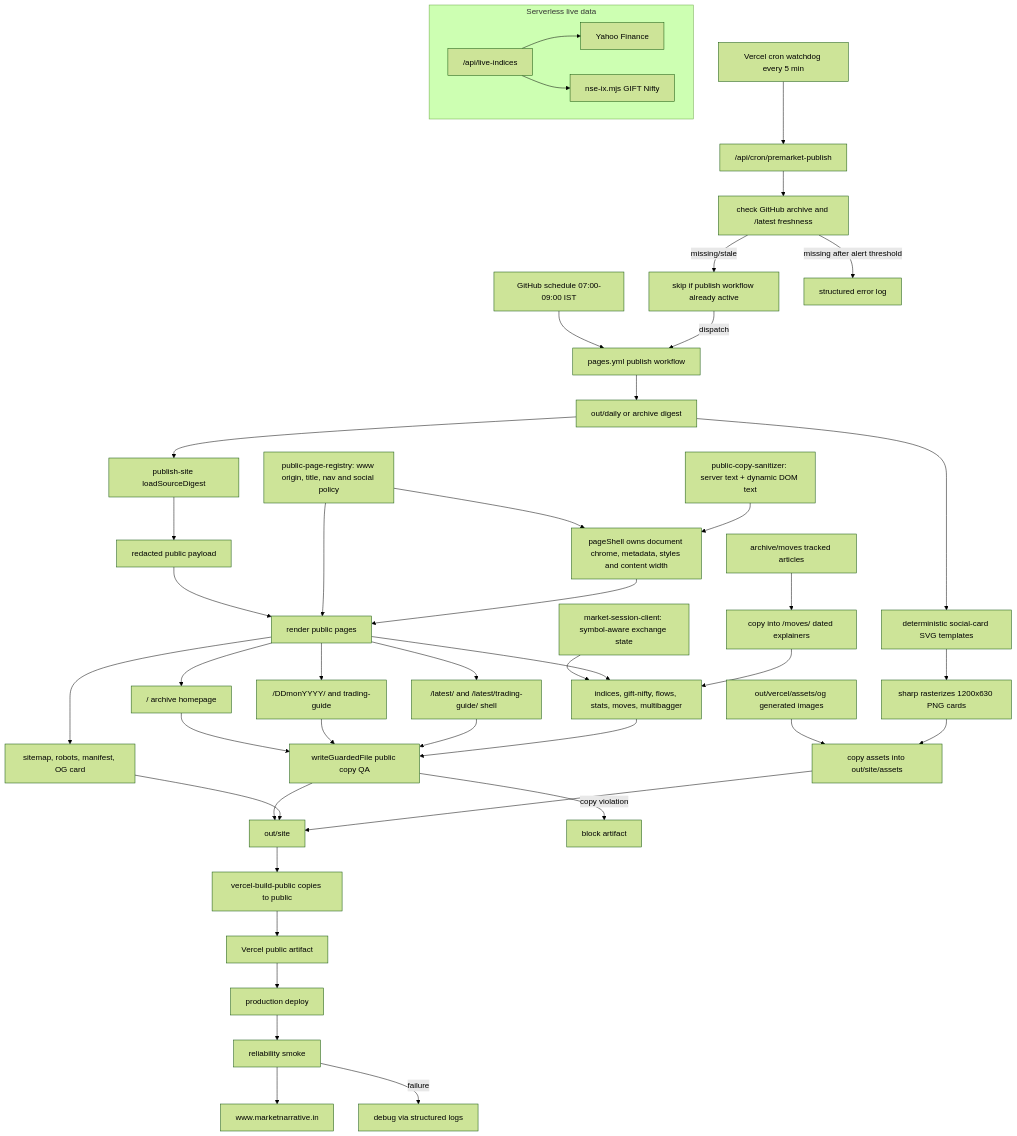
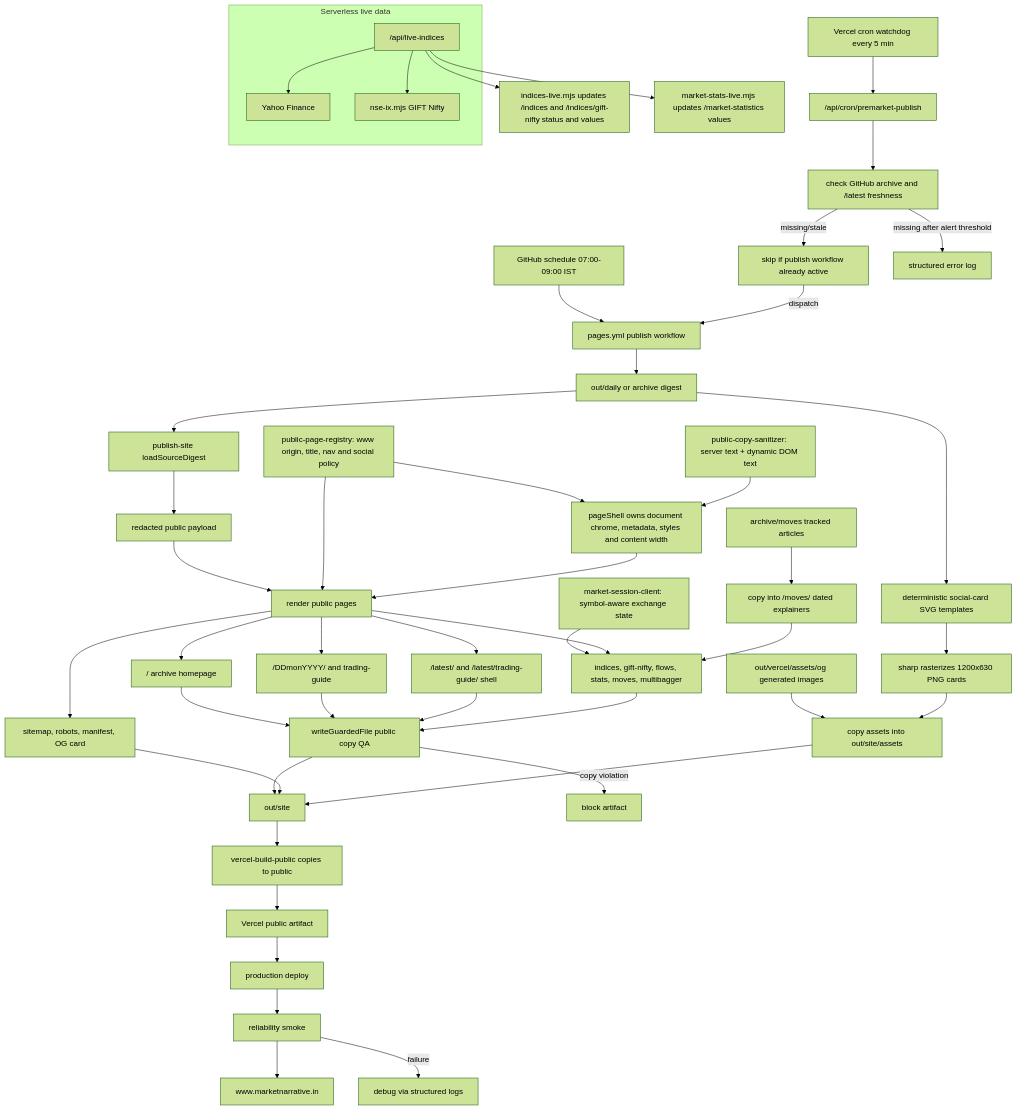
One commit to Abheydeep/marketNews changed the diagram in context/architecture-diagrams/04-static-publish-deploy.mmd. Above: the diagram before and after it, drawn with Mermaid (forest theme). The commit also changed 10 other files, not shown here.

Commit message:
fix(public): align shell and live market data

```diff
--- a/context/architecture-diagrams/04-static-publish-deploy.mmd
+++ b/context/architecture-diagrams/04-static-publish-deploy.mmd
@@ -1,50 +1,52 @@
 flowchart TD
   GitHubSchedule["GitHub schedule 07:00-09:00 IST"] --> PagesWorkflow["pages.yml publish workflow"]
   VercelCron["Vercel cron watchdog every 5 min"] --> CronApi["/api/cron/premarket-publish"]
   CronApi --> ArchiveCheck["check GitHub archive and /latest freshness"]
   ArchiveCheck -->|missing/stale| ActiveRunCheck["skip if publish workflow already active"]
   ActiveRunCheck -->|dispatch| PagesWorkflow
   ArchiveCheck -->|missing after alert threshold| HardAlert["structured error log"]
   PagesWorkflow --> Digest
 
   Digest["out/daily or archive digest"] --> Load["publish-site loadSourceDigest"]
   Registry["public-page-registry: www origin, title, nav and social policy"] --> SharedShell["pageShell owns document chrome, metadata, styles and content width"]
   RuntimeAssets["out/vercel/assets/og generated images"] --> AssetCopy["copy assets into out/site/assets"]
   Digest --> SocialCards["deterministic social-card SVG templates"]
   SocialCards --> Sharp["sharp rasterizes 1200x630 PNG cards"]
   Sharp --> AssetCopy
   Load --> Redact["redacted public payload"]
   Redact --> Pages["render public pages"]
   Registry --> Pages
   SharedShell --> Pages
   PublicCopy["public-copy-sanitizer: server text + dynamic DOM text"] --> SharedShell
   SessionState["market-session-client: symbol-aware exchange state"] --> Hubs
   Pages --> Home["/ archive homepage"]
   Pages --> Dated["/DDmonYYYY/ and trading-guide"]
   Pages --> Latest["/latest/ and /latest/trading-guide/ shell"]
   Pages --> Hubs["indices, gift-nifty, flows, stats, moves, multibagger"]
   Pages --> SEO["sitemap, robots, manifest, OG card"]
   MovesArchive["archive/moves tracked articles"] --> MovesCopy["copy into /moves/ dated explainers"]
   MovesCopy --> Hubs
 
   subgraph LiveAPI["Serverless live data"]
     LiveIndices["/api/live-indices"]
     LiveIndices --> YahooLive["Yahoo Finance"]
     LiveIndices --> NseIxLive["nse-ix.mjs GIFT Nifty"]
   end
+  LiveIndices --> IndicesClient["indices-live.mjs updates /indices and /indices/gift-nifty status and values"]
+  LiveIndices --> StatsClient["market-stats-live.mjs updates /market-statistics values"]
 
   Home --> Guard["writeGuardedFile public copy QA"]
   Dated --> Guard
   Latest --> Guard
   Hubs --> Guard
   Guard --> OutSite["out/site"]
   SEO --> OutSite
   AssetCopy --> OutSite
   OutSite --> VercelBuild["vercel-build-public copies to public"]
   VercelBuild --> Artifact["Vercel public artifact"]
   Artifact --> Deploy["production deploy"]
   Deploy --> Smoke["reliability smoke"]
   Smoke --> Live["www.marketnarrative.in"]
 
   Guard -->|copy violation| Block["block artifact"]
   Smoke -->|failure| Incident["debug via structured logs"]
```
